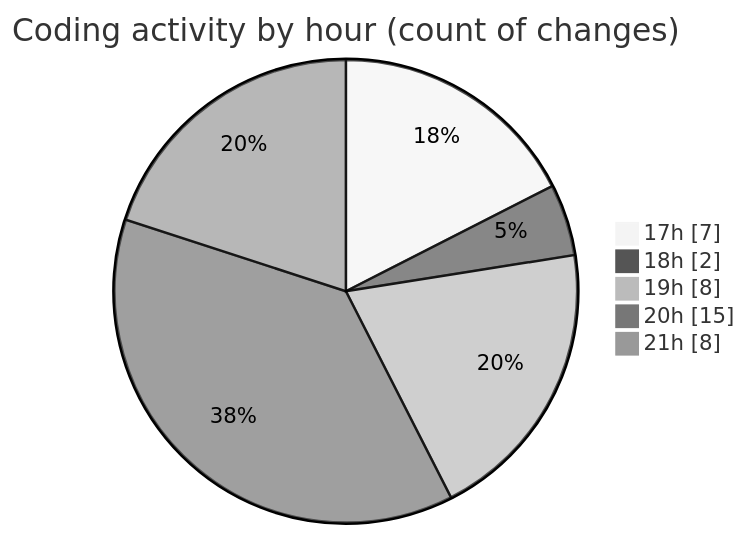
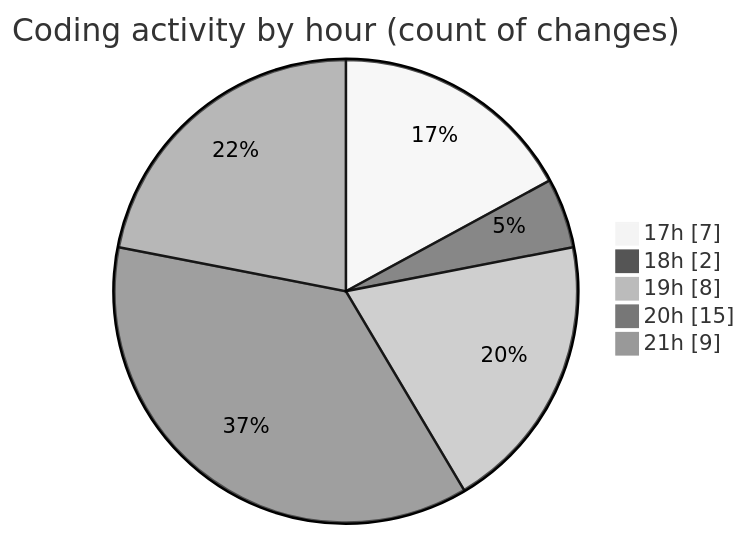
One commit to MatusMokan/code-tracking changed the second of 2 diagrams in 2025-01-12/myws__workspace_/README.md. Above: the diagram before and after it, drawn with Mermaid (neutral theme). The commit also changed other lines of this file and 1 other file, not shown here.

````diff
--- a/2025-01-12/myws__workspace_/README.md
+++ b/2025-01-12/myws__workspace_/README.md
@@ -30,9 +30,9 @@
 ```mermaid
 pie showData
 title Coding activity by hour (count of changes)
 "17h" : 7
 "18h" : 2
 "19h" : 8
 "20h" : 15
-"21h" : 8
+"21h" : 9
 ```
````
